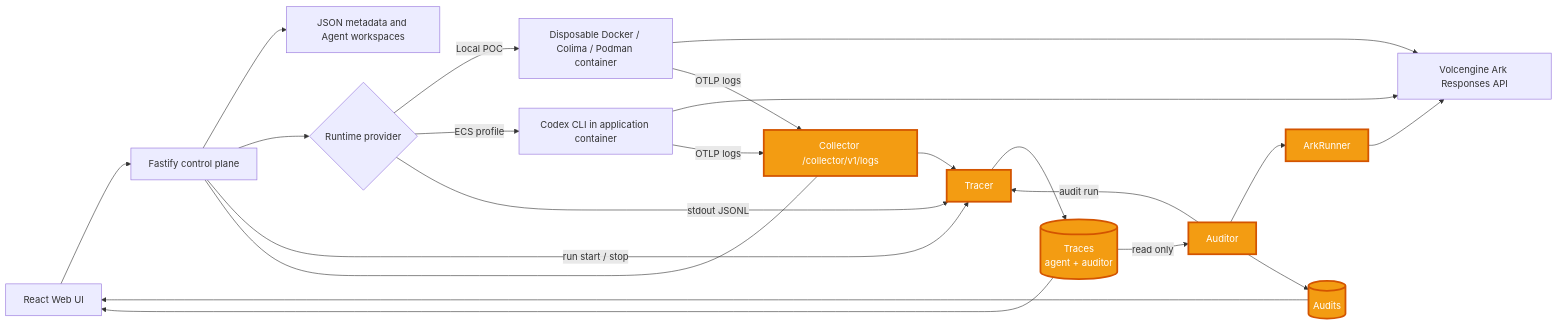
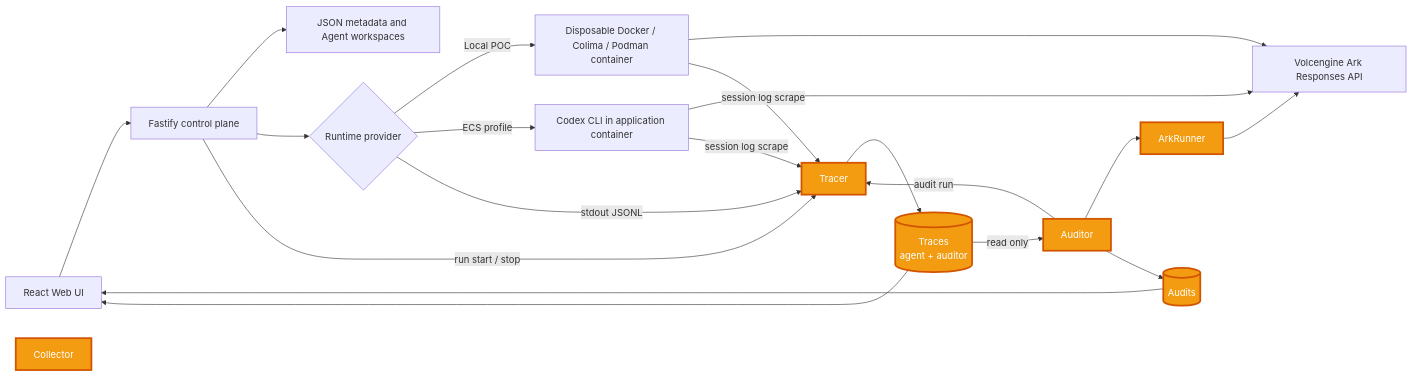
The first of 3 diagrams in README.md (Not-jovan/Monkey), drawn with Mermaid before and after one commit. The commit also changed other lines of this file and 29 other files, not shown here.

First line of the commit message:
feat: trace Codex/Claude Code runtimes directly from their own session logs

````diff
--- a/README.md
+++ b/README.md
@@ -12,31 +12,29 @@
 ```mermaid
 flowchart LR
     UI["React Web UI"] --> API["Fastify control plane"]
     API --> Store["JSON metadata and Agent workspaces"]
     API --> Runtime{"Runtime provider"}
     Runtime -->|Local POC| Container["Disposable Docker / Colima / Podman container"]
     Runtime -->|ECS profile| Codex["Codex CLI in application container"]
     Container --> Ark["Volcengine Ark Responses API"]
     Codex --> Ark
     API -->|run start / stop| Tracer["Tracer"]
     Runtime -->|stdout JSONL| Tracer
-    API --- Collector["Collector /collector/v1/logs"]
-    Container -->|OTLP logs| Collector
-    Codex -->|OTLP logs| Collector
-    Collector --> Tracer
+    Container -->|session log scrape| Tracer
+    Codex -->|session log scrape| Tracer
     Tracer --> Traces[("Traces\nagent + auditor")]
     Traces -->|read only| Auditor["Auditor"]
     Auditor --> ArkRunner["ArkRunner"]
     ArkRunner --> Ark
     Auditor -->|audit run| Tracer
     Auditor --> Audits[("Audits")]
     Traces --> UI
     Audits --> UI
 
     style Collector fill:#f39c12,stroke:#d35400,stroke-width:3px,color:#ffffff
     style Tracer fill:#f39c12,stroke:#d35400,stroke-width:3px,color:#ffffff
     style Traces fill:#f39c12,stroke:#d35400,stroke-width:3px,color:#ffffff
     style Auditor fill:#f39c12,stroke:#d35400,stroke-width:3px,color:#ffffff
     style ArkRunner fill:#f39c12,stroke:#d35400,stroke-width:3px,color:#ffffff
     style Audits fill:#f39c12,stroke:#d35400,stroke-width:3px,color:#ffffff
 ```
````
